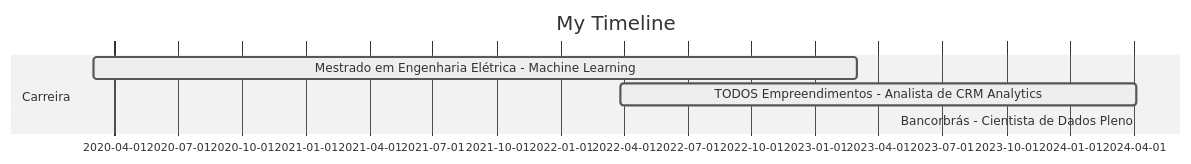
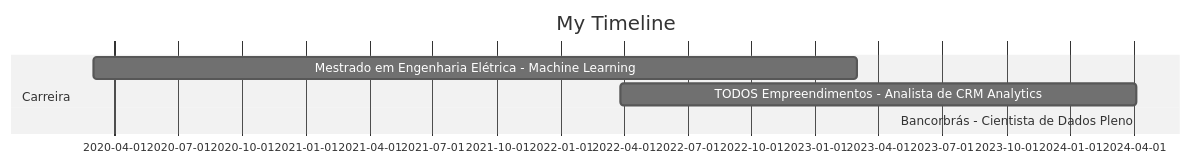
Before and after one commit to victor-hro/victor-hro: the diagram in README.md, drawn with Mermaid (neutral theme).

````diff
--- a/README.md
+++ b/README.md
@@ -3,12 +3,10 @@
 ```mermaid
 gantt
+    title My Timeline
     dateFormat  YYYY-MM-DD
-    title My Timeline
     section Carreira
-    Mestrado em Engenharia Elétrica - Machine Learning  :active,, 2020-03-02, 2023-03-02
-    TODOS Empreendimentos - Analista de CRM Analytics   :active,, 2022-03-28, 2024-04-05
-    Bancorbrás - Cientista de Dados Pleno               :active,  2024-04-08, 
-
-    %% Para mais informações, consulte a documentação do Mermaid: https://mermaid-js.github.io/mermaid/#/styles?id=gantt-styles
+    Mestrado em Engenharia Elétrica - Machine Learning  :2020-03-02, 2023-03-02
+    TODOS Empreendimentos - Analista de CRM Analytics  :2022-03-28, 2024-04-05
+    Bancorbrás - Cientista de Dados Pleno               :2024-04-08,
 
 ```
````
